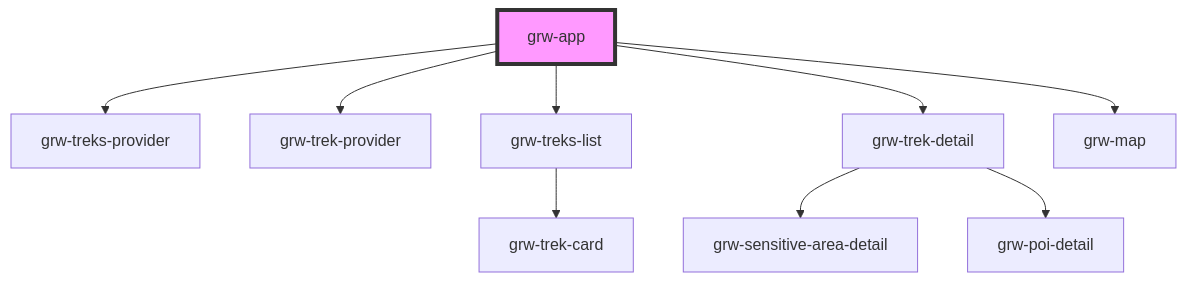
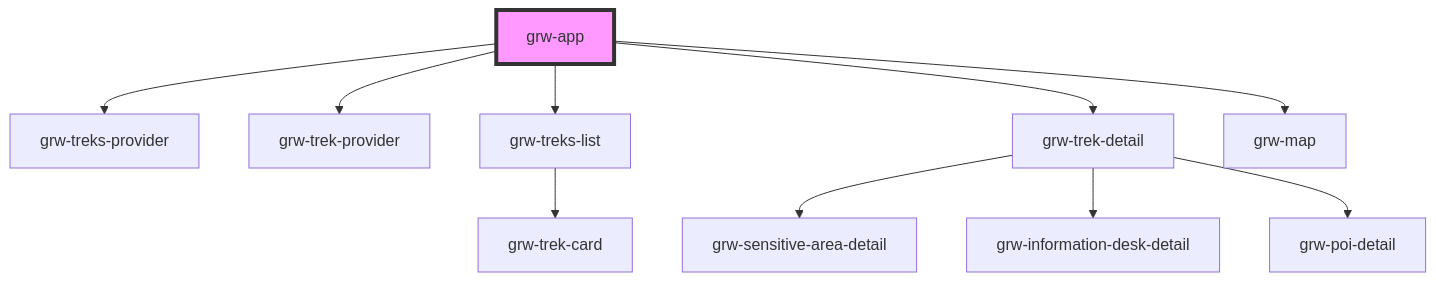
The diagram in src/components/grw-app/readme.md (GeotrekCE/Geotrek-rando-widget), drawn with Mermaid before and after one commit. The commit also changed 13 other files, not shown here.

Commit message:
add information desk detail

````diff
--- a/src/components/grw-app/readme.md
+++ b/src/components/grw-app/readme.md
@@ -46,12 +46,13 @@
 ```mermaid
 graph TD;
   grw-app --> grw-treks-provider
   grw-app --> grw-trek-provider
   grw-app --> grw-treks-list
   grw-app --> grw-trek-detail
   grw-app --> grw-map
   grw-treks-list --> grw-trek-card
   grw-trek-detail --> grw-sensitive-area-detail
+  grw-trek-detail --> grw-information-desk-detail
   grw-trek-detail --> grw-poi-detail
   style grw-app fill:#f9f,stroke:#333,stroke-width:4px
 ```
````
